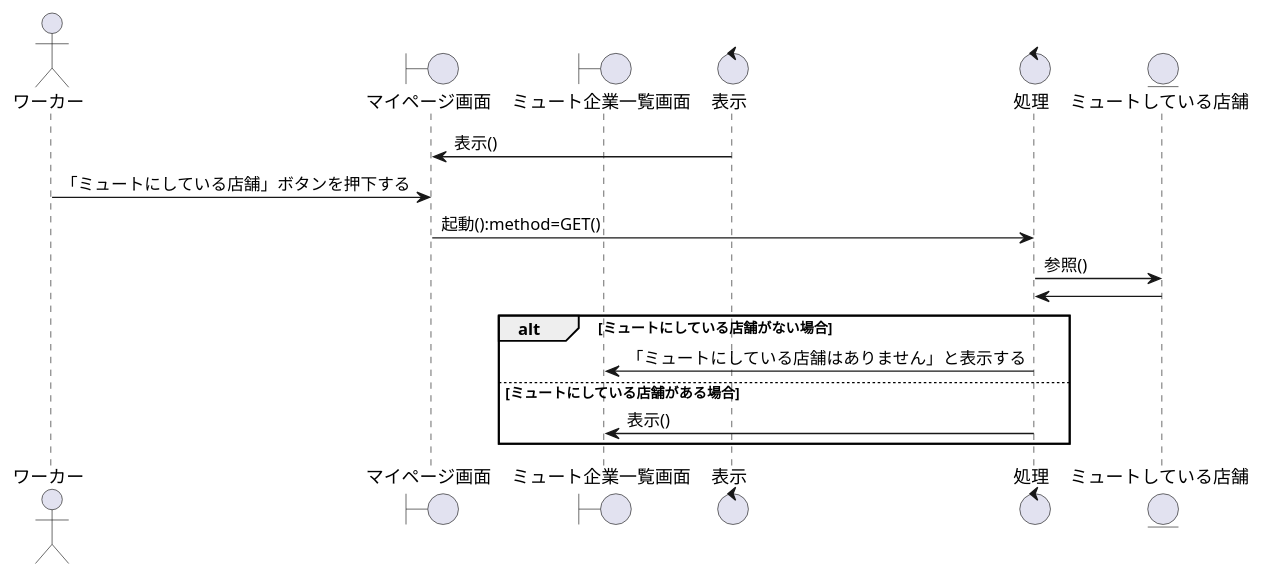
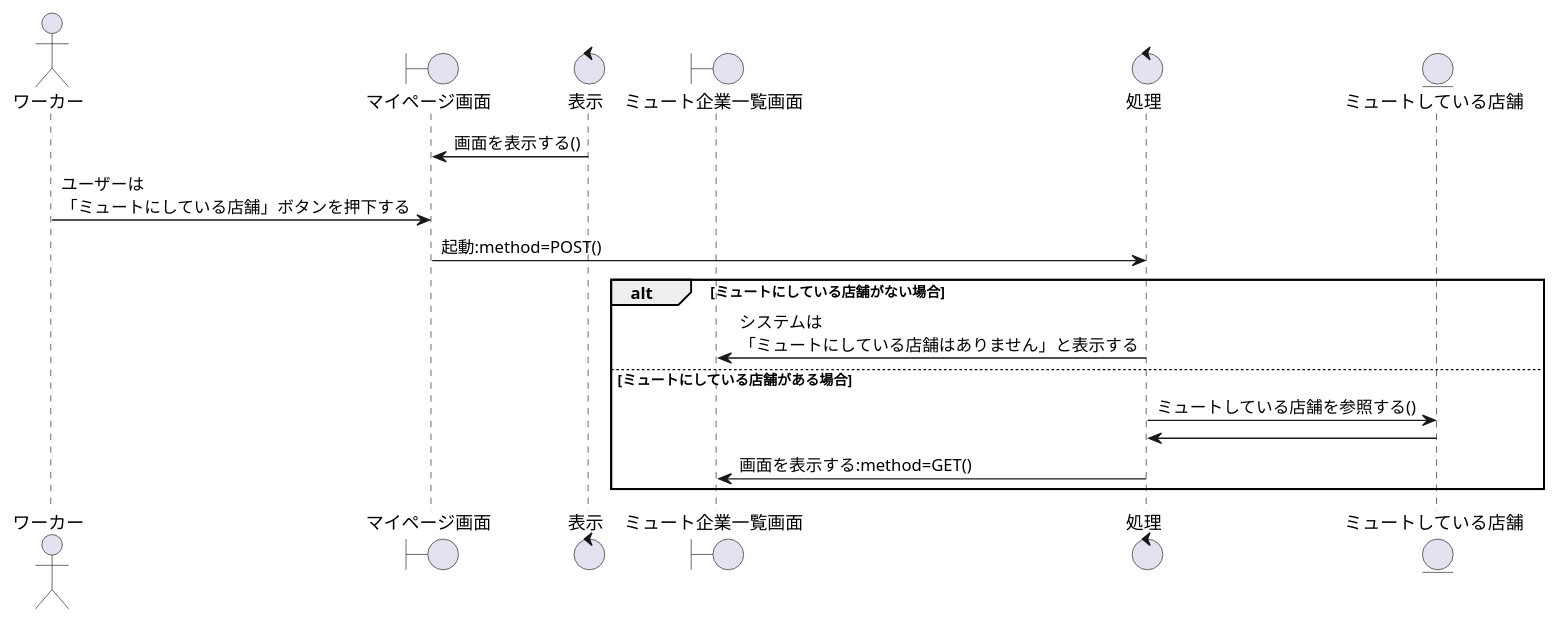
Before and after one commit to irukacb256/high_Me: the diagram in sequence_fig/7_acconts_fn/16_ミュートしている店舗の設定をする.pu, drawn with PlantUML. The commit also changed 9 other files, not shown here.

```diff
--- a/sequence_fig/7_acconts_fn/16_ミュートしている店舗の設定をする.pu
+++ b/sequence_fig/7_acconts_fn/16_ミュートしている店舗の設定をする.pu
@@ -1,27 +1,27 @@
 @startuml ミュートしている店舗の設定をする
 
 actor ワーカー as wo1
 
 boundary マイページ画面 as bo1
+control 表示 as co1
 boundary ミュート企業一覧画面 as bo2
 
-control 表示 as co1
 control 処理 as co2
 
 entity ミュートしている店舗 as en1
 
-co1 -> bo1:表示()
-wo1 -> bo1:「ミュートにしている店舗」ボタンを押下する
-bo1 -> co2:起動():method=GET()
-co2 -> en1:参照()
-en1 -> co2
+co1 -> bo1:画面を表示する()
+wo1 -> bo1:ユーザーは\n「ミュートにしている店舗」ボタンを押下する
+bo1 -> co2:起動:method=POST()
 
 alt ミュートにしている店舗がない場合
-    co2 -> bo2:「ミュートにしている店舗はありません」と表示する
+    co2 -> bo2:システムは\n「ミュートにしている店舗はありません」と表示する
 
 else ミュートにしている店舗がある場合
-    co2 -> bo2:表示()
+    co2 -> en1:ミュートしている店舗を参照する()
+    en1 -> co2
+    co2 -> bo2:画面を表示する:method=GET()
 
 end
 
 @enduml
```
